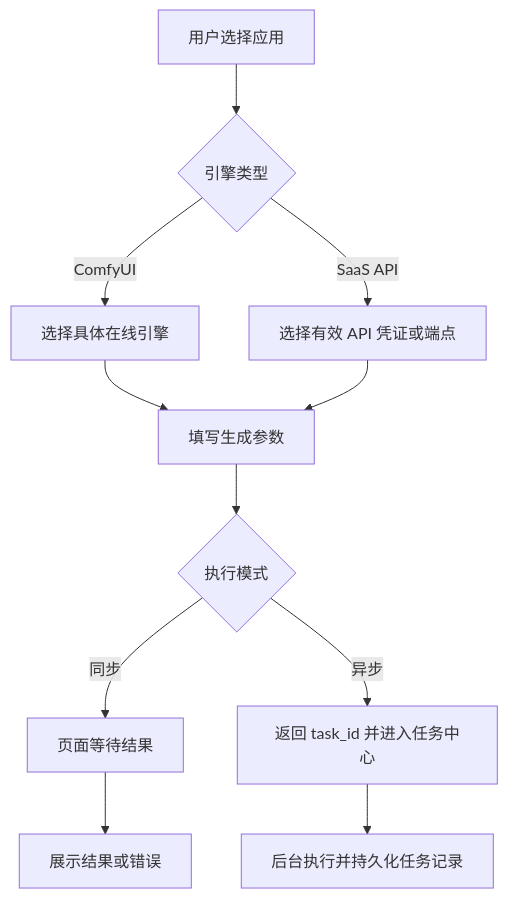
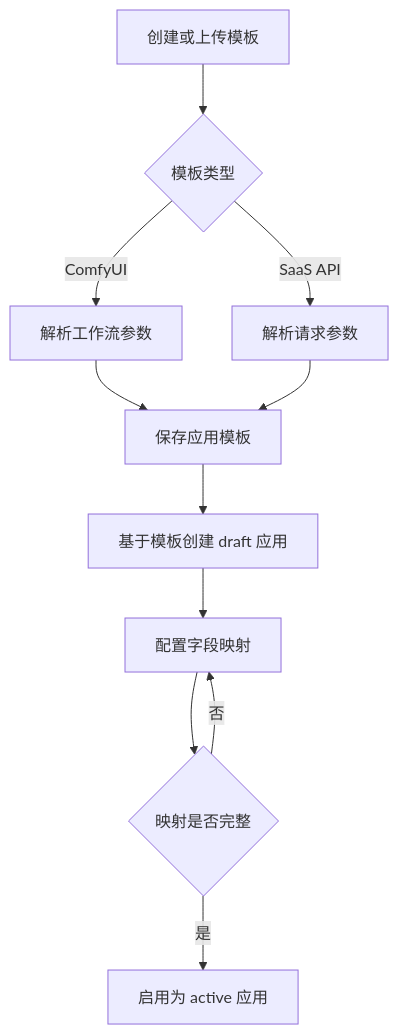
Before and after one commit to wangweihong/omnimam-spec: the first of 3 diagrams in 00_product/domains/application-platform/product-spec.md, drawn with Mermaid. The commit also changed other lines of this file and 8 other files, not shown here.

````diff
--- a/00_product/domains/application-platform/product-spec.md
+++ b/00_product/domains/application-platform/product-spec.md
@@ -660,13 +251,13 @@
 ```mermaid
 flowchart TD
-  A["用户选择应用"] --> B{"引擎类型"}
-  B -->|ComfyUI| C["选择具体在线引擎"]
-  B -->|SaaS API| D["选择有效 API 凭证或端点"]
-  C --> E["填写生成参数"]
+  A["创建或上传模板"] --> B{"模板类型"}
+  B -->|ComfyUI| C["解析工作流参数"]
+  B -->|SaaS API| D["解析请求参数"]
+  C --> E["保存应用模板"]
   D --> E
-  E --> F{"执行模式"}
-  F -->|同步| G["页面等待结果"]
-  F -->|异步| H["返回 task_id 并进入任务中心"]
-  G --> I["展示结果或错误"]
-  H --> J["后台执行并持久化任务记录"]
+  E --> F["基于模板创建 draft 应用"]
+  F --> G["配置字段映射"]
+  G --> H{"映射是否完整"}
+  H -->|否| G
+  H -->|是| I["启用为 active 应用"]
 ```
````
